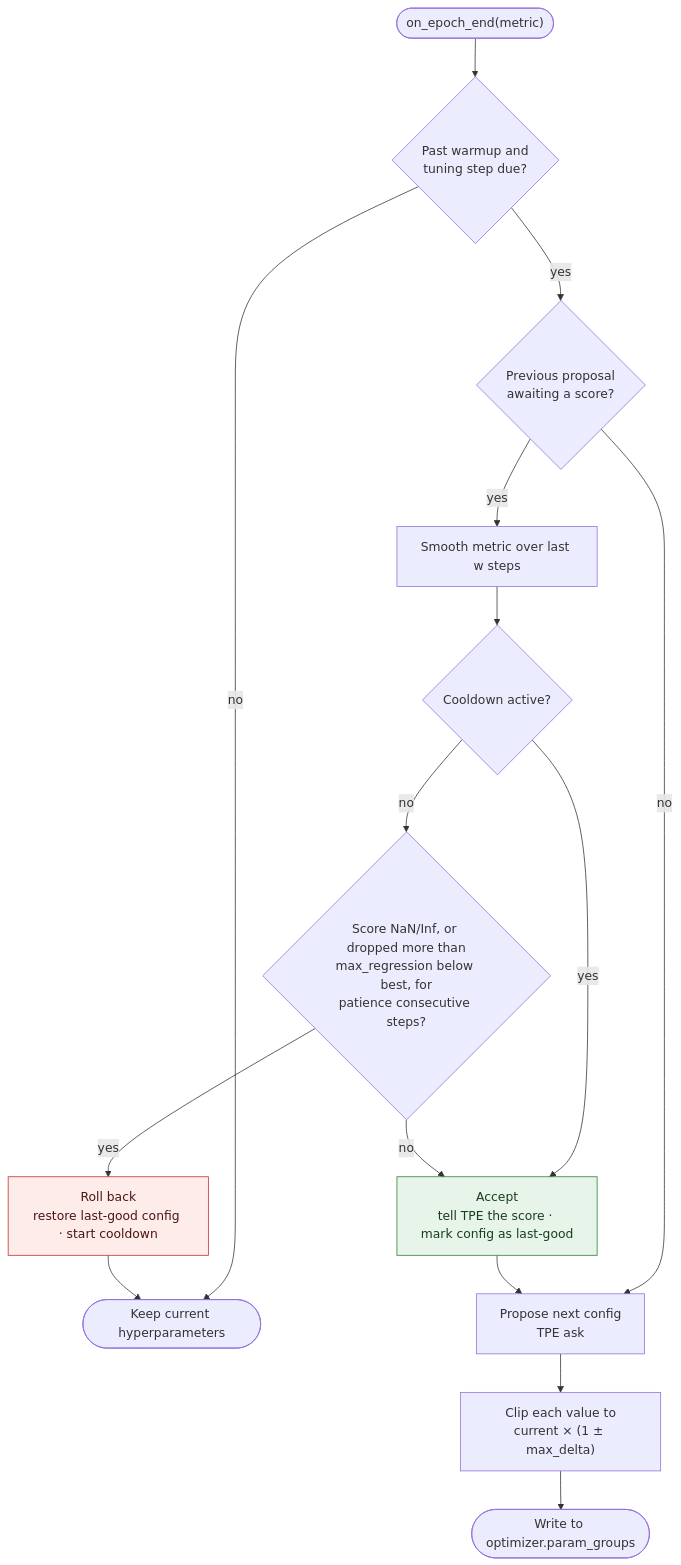
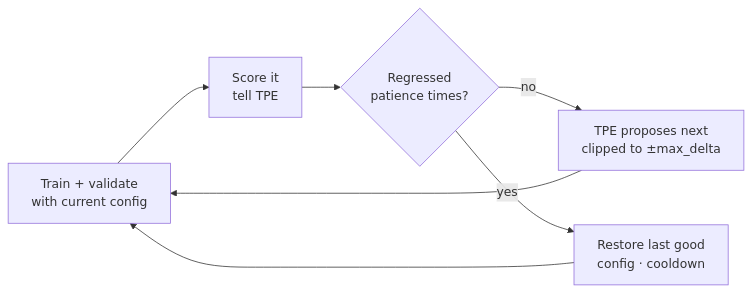
Before and after one commit to mitishraina/AutoTuneNet: the diagram in README.md, drawn with Mermaid. The commit also changed other lines of this file and 3 other files, not shown here.

````diff
--- a/README.md
+++ b/README.md
@@ -73,22 +27,9 @@
 ```mermaid
-flowchart TD
-    A(["on_epoch_end(metric)"]) --> B{"Past warmup and<br/>tuning step due?"}
-    B -- no --> Z(["Keep current hyperparameters"])
-    B -- yes --> C{"Previous proposal<br/>awaiting a score?"}
-    C -- no --> P
-    C -- yes --> D["Smooth metric over last w steps"]
-    D --> E{"Cooldown active?"}
-    E -- yes --> F
-    E -- no --> G{"Score NaN/Inf, or dropped more than<br/>max_regression below best, for<br/>patience consecutive steps?"}
-    G -- no --> F["Accept<br/>tell TPE the score · mark config as last-good"]
-    G -- yes --> R["Roll back<br/>restore last-good config · start cooldown"]
-    R --> Z
-    F --> P["Propose next config<br/>TPE ask"]
-    P --> Q["Clip each value to<br/>current × (1 ± max_delta)"]
-    Q --> S(["Write to optimizer.param_groups"])
-
-    classDef accept fill:#e6f4ea,stroke:#2e7d32,color:#1b3d1f
-    classDef reject fill:#fdecea,stroke:#c62828,color:#4a1414
-    class F accept
-    class R reject
+flowchart LR
+    T["Train + validate<br/>with current config"] --> S["Score it<br/>tell TPE"]
+    S --> G{"Regressed<br/>patience times?"}
+    G -- no --> P["TPE proposes next<br/>clipped to ±max_delta"]
+    G -- yes --> R["Restore last good<br/>config · cooldown"]
+    P --> T
+    R --> T
 ```
````
